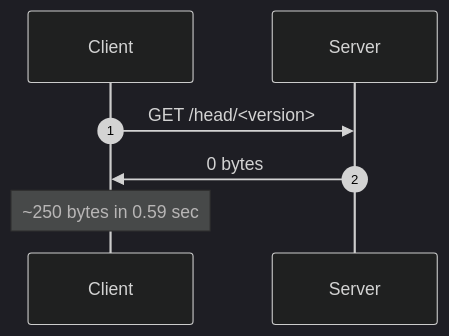
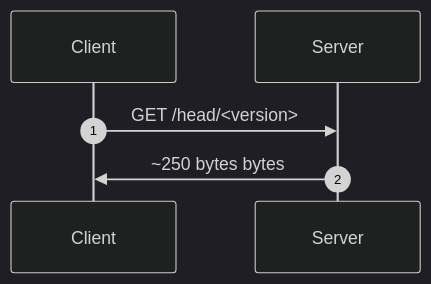
The fourth of 4 diagrams in PROPOSAL.md (bitmeta69/securedrop), drawn with Mermaid (dark theme) before and after one commit. The commit also changed other lines of this file, not shown here.

````diff
--- a/PROPOSAL.md
+++ b/PROPOSAL.md
@@ -140,12 +136,10 @@
 ```mermaid
 sequenceDiagram
 autonumber
 
 participant Client
 participant Server
 
 Client ->> Server: GET /head/<version>
-Server ->> Client: 0 bytes
-
-Note over Client: ~250 bytes in 0.59 sec
+Server ->> Client: ~250 bytes bytes
 ```
````
